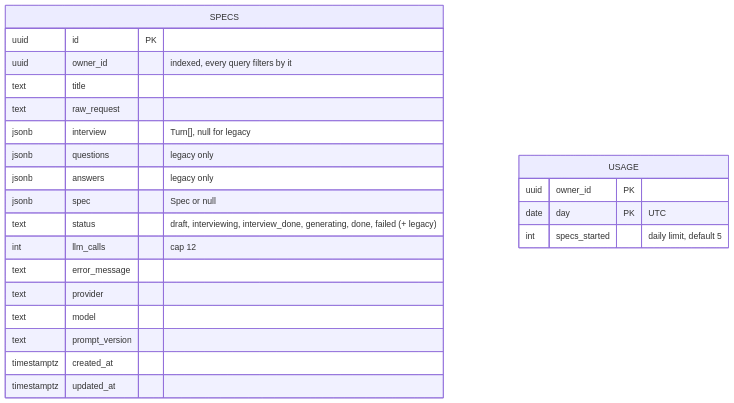
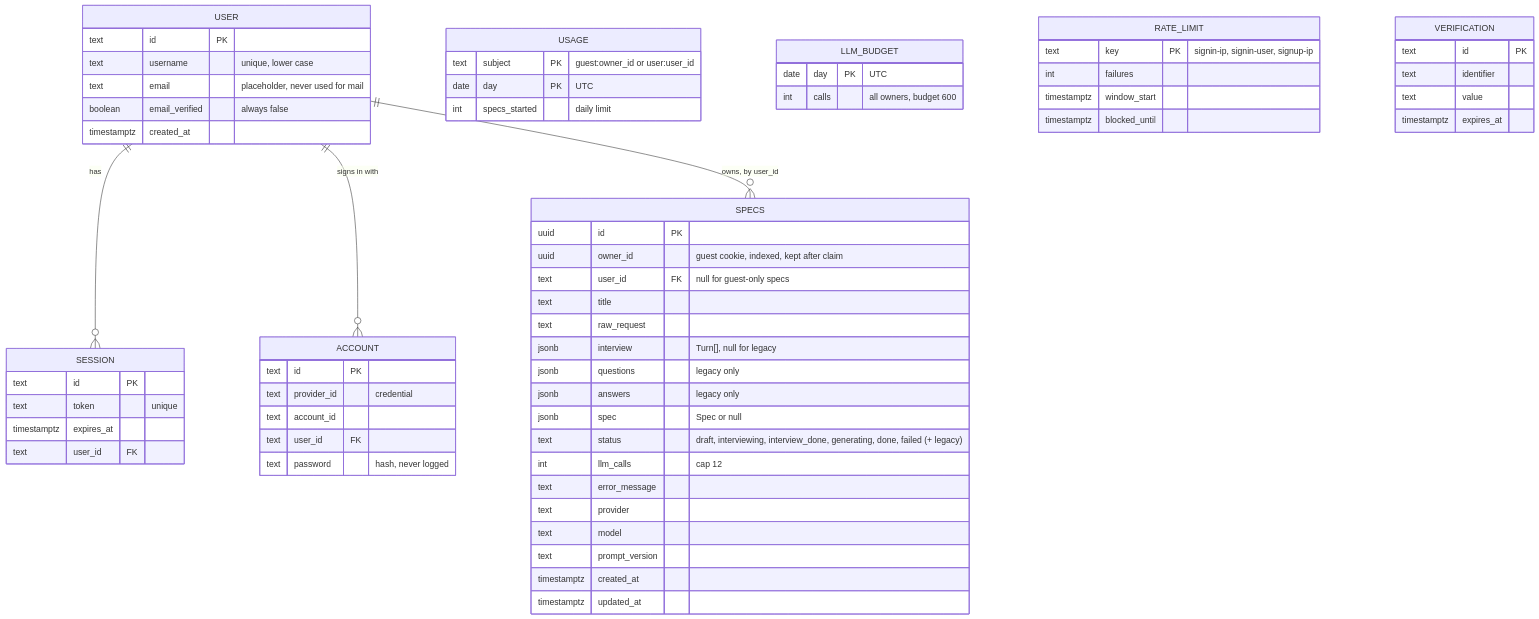
The sixth of 6 diagrams in docs/ARCHITECTURE.md (anudeepbakka/spec-studio), drawn with Mermaid before and after one commit. The commit also changed other lines of this file and 16 other files, not shown here.

````diff
--- a/docs/ARCHITECTURE.md
+++ b/docs/ARCHITECTURE.md
@@ -143,26 +224,66 @@
 ```mermaid
 erDiagram
+    USER ||--o{ SESSION : "has"
+    USER ||--o{ ACCOUNT : "signs in with"
+    USER ||--o{ SPECS : "owns, by user_id"
     SPECS {
         uuid id PK
-        uuid owner_id "indexed, every query filters by it"
+        uuid owner_id "guest cookie, indexed, kept after claim"
+        text user_id FK "null for guest-only specs"
         text title
         text raw_request
         jsonb interview "Turn[], null for legacy"
         jsonb questions "legacy only"
         jsonb answers "legacy only"
         jsonb spec "Spec or null"
         text status "draft, interviewing, interview_done, generating, done, failed (+ legacy)"
         int llm_calls "cap 12"
         text error_message
         text provider
         text model
         text prompt_version
         timestamptz created_at
         timestamptz updated_at
     }
     USAGE {
-        uuid owner_id PK
+        text subject PK "guest:owner_id or user:user_id"
         date day PK "UTC"
-        int specs_started "daily limit, default 5"
+        int specs_started "daily limit"
+    }
+    LLM_BUDGET {
+        date day PK "UTC"
+        int calls "all owners, budget 600"
+    }
+    RATE_LIMIT {
+        text key PK "signin-ip, signin-user, signup-ip"
+        int failures
+        timestamptz window_start
+        timestamptz blocked_until
+    }
+    USER {
+        text id PK
+        text username "unique, lower case"
+        text email "placeholder, never used for mail"
+        boolean email_verified "always false"
+        timestamptz created_at
+    }
+    SESSION {
+        text id PK
+        text token "unique"
+        timestamptz expires_at
+        text user_id FK
+    }
+    ACCOUNT {
+        text id PK
+        text provider_id "credential"
+        text account_id
+        text user_id FK
+        text password "hash, never logged"
+    }
+    VERIFICATION {
+        text id PK
+        text identifier
+        text value
+        timestamptz expires_at
     }
 ```
````
